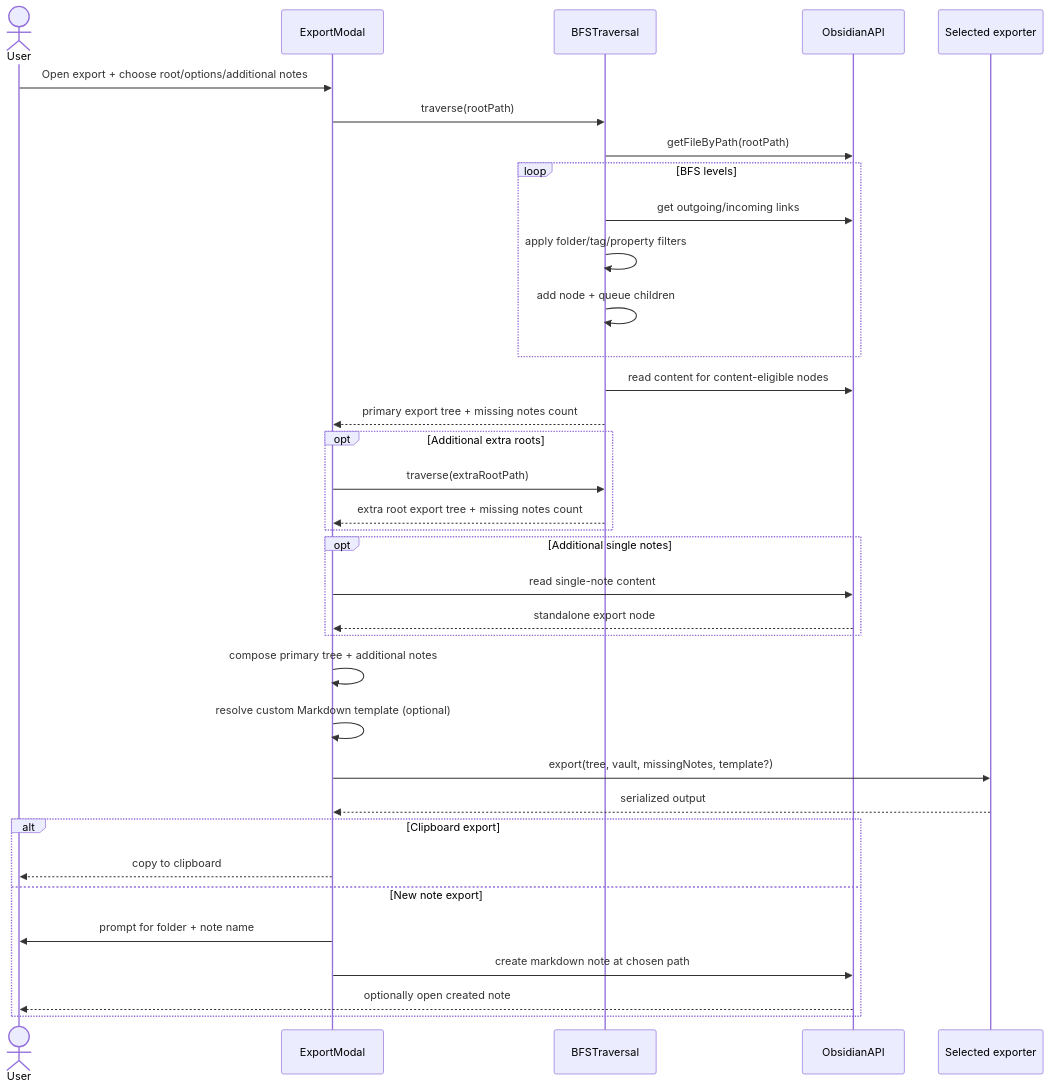
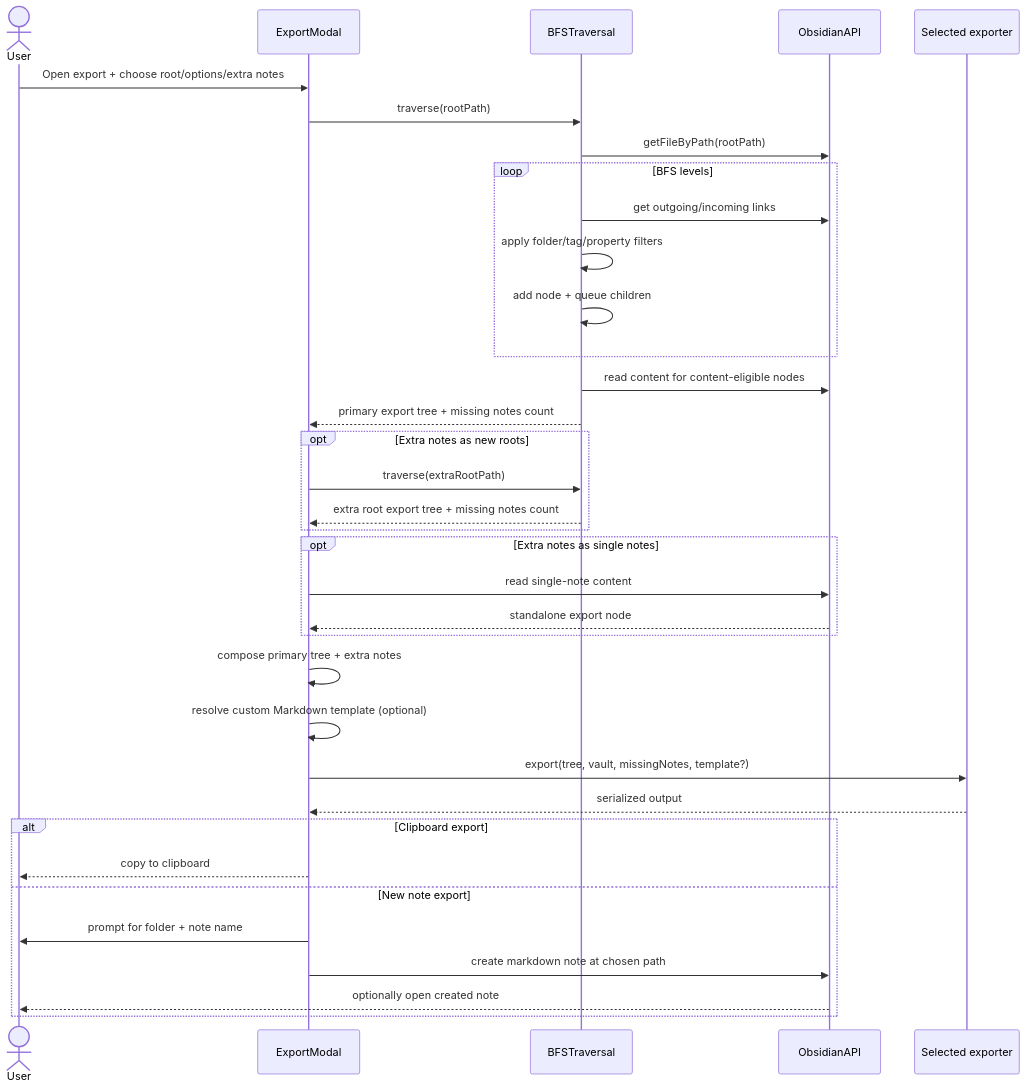
The first of 3 diagrams in docs/export-architecture.md (LittleHaku/obsidian-smart-export), drawn with Mermaid before and after one commit. The commit also changed other lines of this file and 4 other files, not shown here.

````diff
--- a/docs/export-architecture.md
+++ b/docs/export-architecture.md
@@ -23,38 +23,38 @@
 ```mermaid
 sequenceDiagram
     actor User
     participant Modal as ExportModal
     participant Traversal as BFSTraversal
     participant API as ObsidianAPI
     participant Exporter as Selected exporter
 
-    User->>Modal: Open export + choose root/options/additional notes
+    User->>Modal: Open export + choose root/options/extra notes
     Modal->>Traversal: traverse(rootPath)
     Traversal->>API: getFileByPath(rootPath)
     loop BFS levels
         Traversal->>API: get outgoing/incoming links
         Traversal->>Traversal: apply folder/tag/property filters
         Traversal->>Traversal: add node + queue children
     end
     Traversal->>API: read content for content-eligible nodes
     Traversal-->>Modal: primary export tree + missing notes count
-    opt Additional extra roots
+    opt Extra notes as new roots
         Modal->>Traversal: traverse(extraRootPath)
         Traversal-->>Modal: extra root export tree + missing notes count
     end
-    opt Additional single notes
+    opt Extra notes as single notes
         Modal->>API: read single-note content
         API-->>Modal: standalone export node
     end
-    Modal->>Modal: compose primary tree + additional notes
+    Modal->>Modal: compose primary tree + extra notes
     Modal->>Modal: resolve custom Markdown template (optional)
     Modal->>Exporter: export(tree, vault, missingNotes, template?)
     Exporter-->>Modal: serialized output
     alt Clipboard export
         Modal-->>User: copy to clipboard
     else New note export
         Modal->>User: prompt for folder + note name
         Modal->>API: create markdown note at chosen path
         API-->>User: optionally open created note
     end
 ```
````
